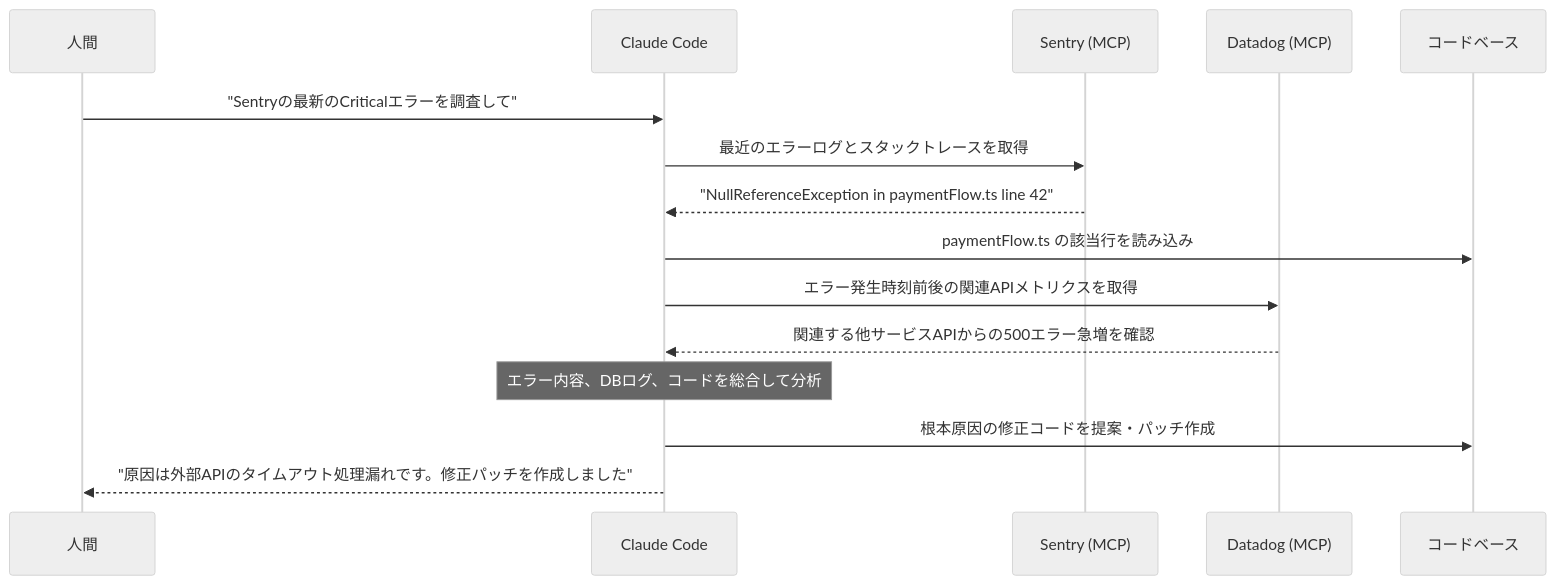
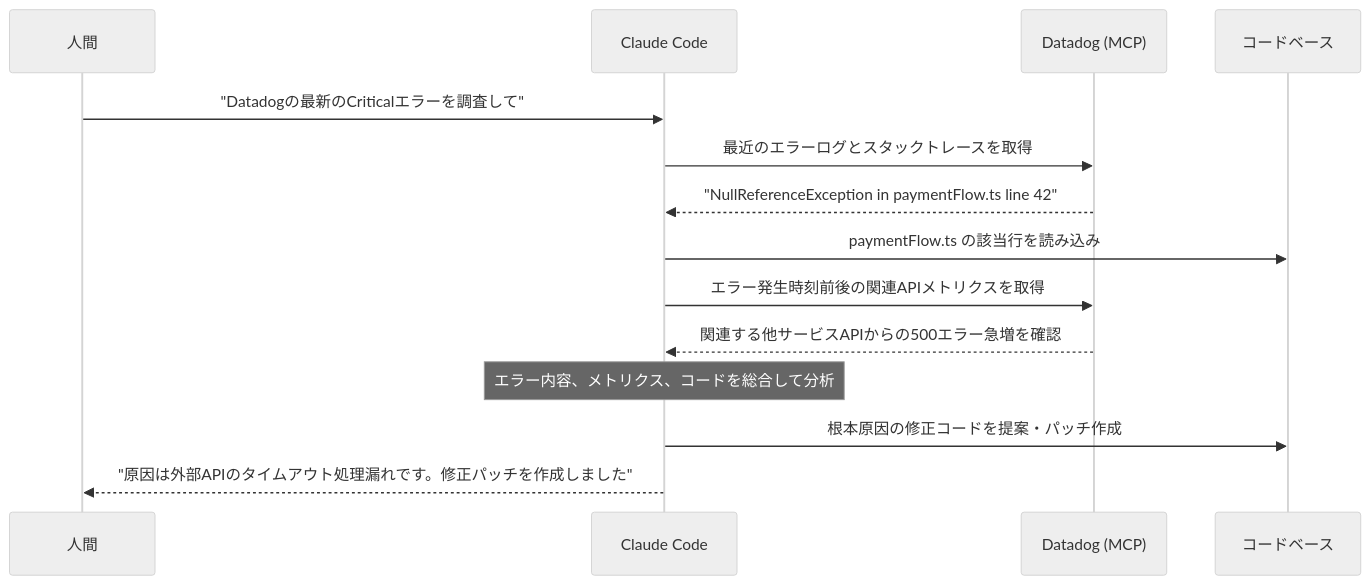
One commit to takuma39/ai changed diagram 20 of 23 in AI駆動開発.md. Above: the diagram before and after it, drawn with Mermaid (neutral theme). The commit also changed other lines of this file, not shown here.

````diff
--- a/AI駆動開発.md
+++ b/AI駆動開発.md
@@ -1823,18 +1815,17 @@
 ```mermaid
 sequenceDiagram
     participant 人間
     participant CC as Claude Code
-    participant Sentry as Sentry (MCP)
-    participant DB as Datadog (MCP)
+    participant Datadog as Datadog (MCP)
     participant Code as コードベース
     
-    人間->>CC: "Sentryの最新のCriticalエラーを調査して"
-    CC->>Sentry: 最近のエラーログとスタックトレースを取得
-    Sentry-->>CC: "NullReferenceException in paymentFlow.ts line 42"
+    人間->>CC: "Datadogの最新のCriticalエラーを調査して"
+    CC->>Datadog: 最近のエラーログとスタックトレースを取得
+    Datadog-->>CC: "NullReferenceException in paymentFlow.ts line 42"
     CC->>Code: paymentFlow.ts の該当行を読み込み
-    CC->>DB: エラー発生時刻前後の関連APIメトリクスを取得
-    DB-->>CC: 関連する他サービスAPIからの500エラー急増を確認
-    Note over CC: エラー内容、DBログ、コードを総合して分析
+    CC->>Datadog: エラー発生時刻前後の関連APIメトリクスを取得
+    Datadog-->>CC: 関連する他サービスAPIからの500エラー急増を確認
+    Note over CC: エラー内容、メトリクス、コードを総合して分析
     CC->>Code: 根本原因の修正コードを提案・パッチ作成
     CC-->>人間: "原因は外部APIのタイムアウト処理漏れです。修正パッチを作成しました"
 ```
````
